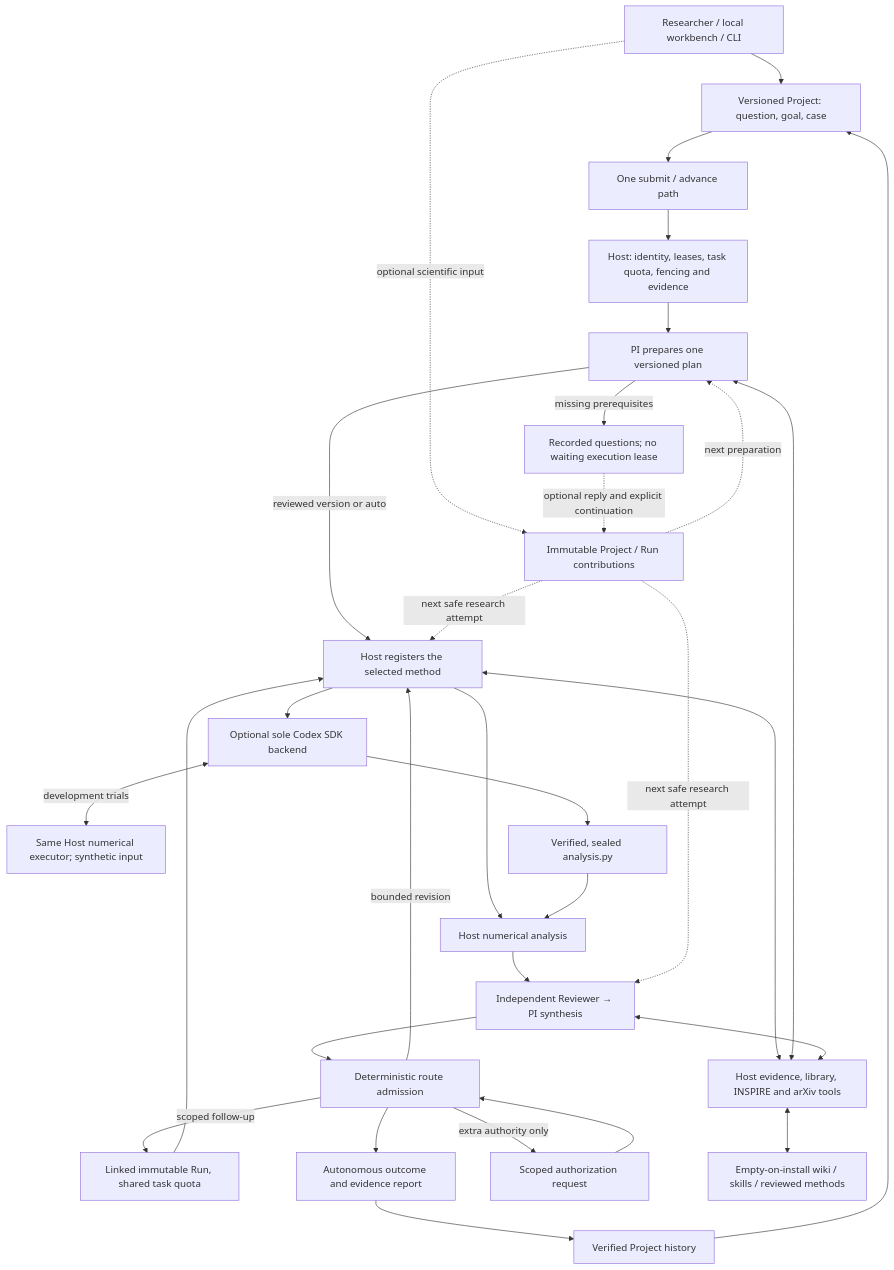
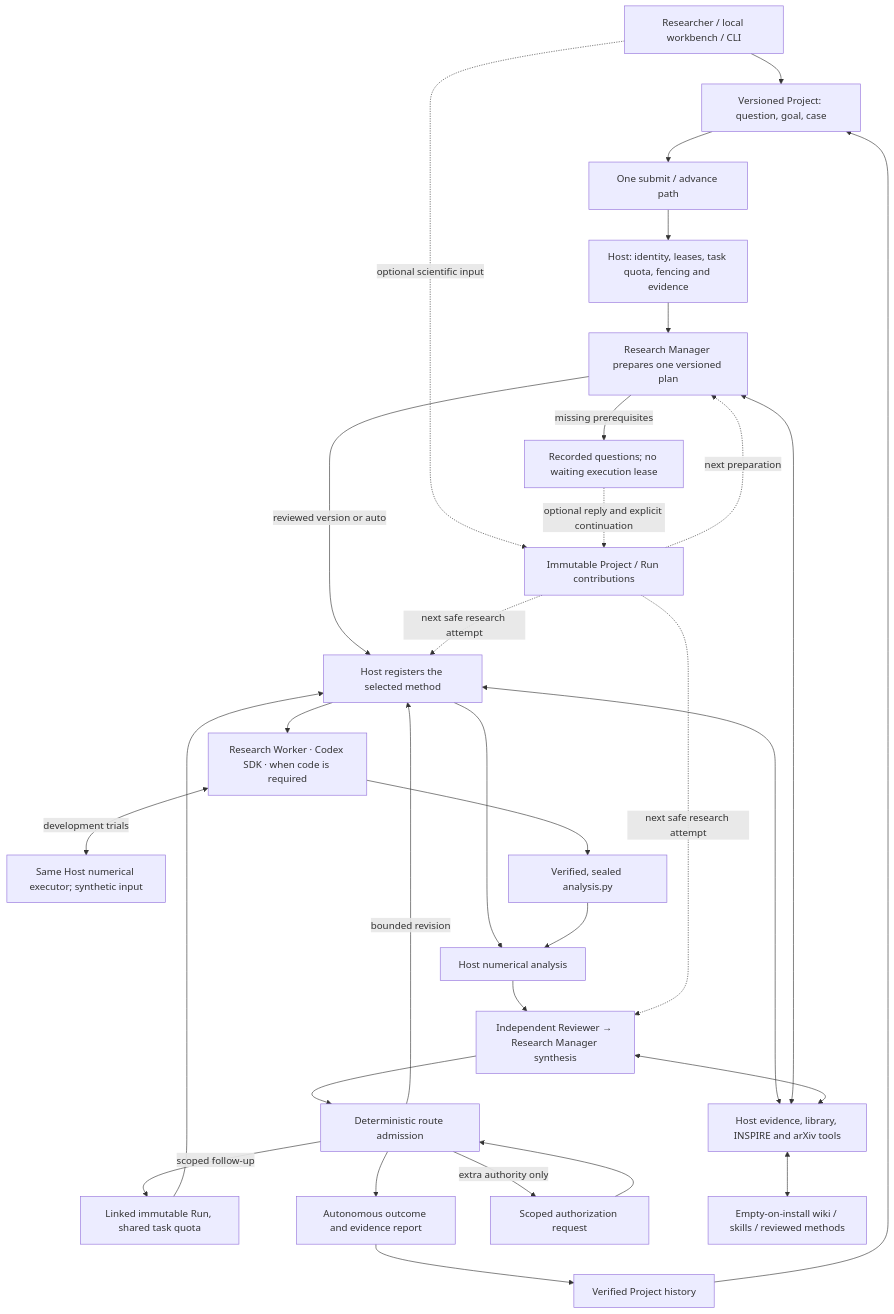
The diagram in docs/ARCHITECTURE.md (Xiaowei251129/lqcd-agent), drawn with Mermaid before and after one commit. The commit also changed other lines of this file and 70 other files, not shown here.

Commit message:
Rename research roles and remove redundant protocol and test code

````diff
--- a/docs/ARCHITECTURE.md
+++ b/docs/ARCHITECTURE.md
@@ -5,33 +5,33 @@
 ```mermaid
 flowchart TD
     User["Researcher / local workbench / CLI"] --> Project["Versioned Project: question, goal, case"]
     Project --> Submit["One submit / advance path"]
     Submit --> Control["Host: identity, leases, task quota, fencing and evidence"]
-    Control --> Intake["PI prepares one versioned plan"]
+    Control --> Intake["Research Manager prepares one versioned plan"]
     Intake -->|reviewed version or auto| Plan["Host registers the selected method"]
     Intake -->|missing prerequisites| Questions["Recorded questions; no waiting execution lease"]
-    Plan --> Code["Optional sole Codex SDK backend"]
-    Code <-->|development trials| Trial["Same Host numerical executor; synthetic input"]
+    Plan --> Worker["Research Worker · Codex SDK · when code is required"]
+    Worker <-->|development trials| Trial["Same Host numerical executor; synthetic input"]
     Plan --> Analysis["Host numerical analysis"]
-    Code --> Seal["Verified, sealed analysis.py"]
+    Worker --> Seal["Verified, sealed analysis.py"]
     Seal --> Analysis
-    Analysis --> Review["Independent Reviewer → PI synthesis"]
+    Analysis --> Review["Independent Reviewer → Research Manager synthesis"]
     Review --> Decision["Deterministic route admission"]
     Decision -->|bounded revision| Plan
     Decision -->|scoped follow-up| Child["Linked immutable Run, shared task quota"]
     Child --> Plan
     Decision --> Report["Autonomous outcome and evidence report"]
     Decision -->|extra authority only| Auth["Scoped authorization request"]
     Auth --> Decision
     User -. optional scientific input .-> Notes["Immutable Project / Run contributions"]
     Questions -. optional reply and explicit continuation .-> Notes
     Notes -. next preparation .-> Intake
     Notes -. next safe research attempt .-> Plan
     Notes -. next safe research attempt .-> Review
     Plan <--> Tools["Host evidence, library, INSPIRE and arXiv tools"]
     Intake <--> Tools
     Review <--> Tools
     Tools <--> Library["Empty-on-install wiki / skills / reviewed methods"]
     Report --> Capture["Verified Project history"]
     Capture --> Project
 ```
````
